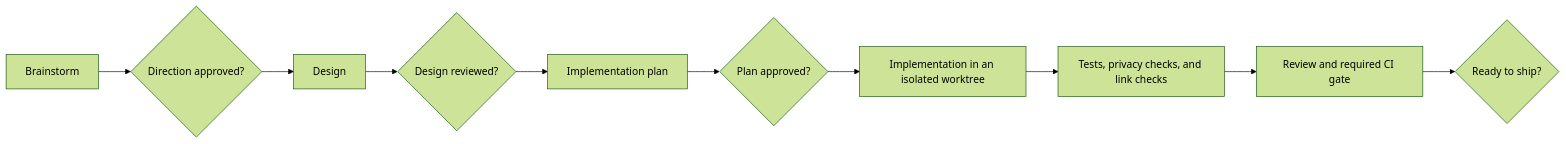
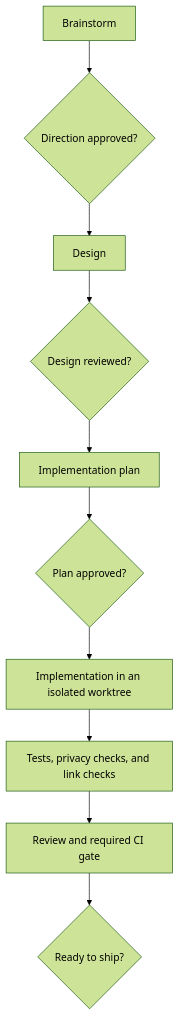
Before and after one commit to carlosboeing/agentic-toolkit: the second of 2 diagrams in README.md, drawn with Mermaid (forest theme). The commit also changed other lines of this file and 38 other files, not shown here.

````diff
--- a/README.md
+++ b/README.md
@@ -49,12 +49,12 @@
 ```mermaid
-flowchart LR
+flowchart TB
     Brainstorm["Brainstorm"] --> BrainstormGate{"Direction approved?"}
     BrainstormGate --> Design["Design"]
     Design --> DesignGate{"Design reviewed?"}
     DesignGate --> Plan["Implementation plan"]
     Plan --> PlanGate{"Plan approved?"}
     PlanGate --> Worktree["Implementation in an isolated worktree"]
     Worktree --> Verify["Tests, privacy checks, and link checks"]
     Verify --> Review["Review and required CI gate"]
     Review --> ShipGate{"Ready to ship?"}
 ```
````
